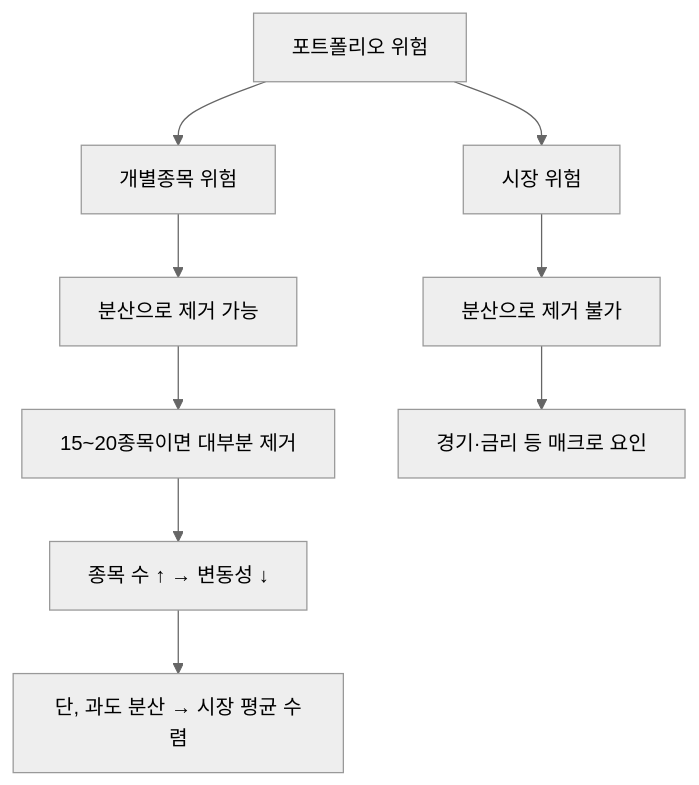
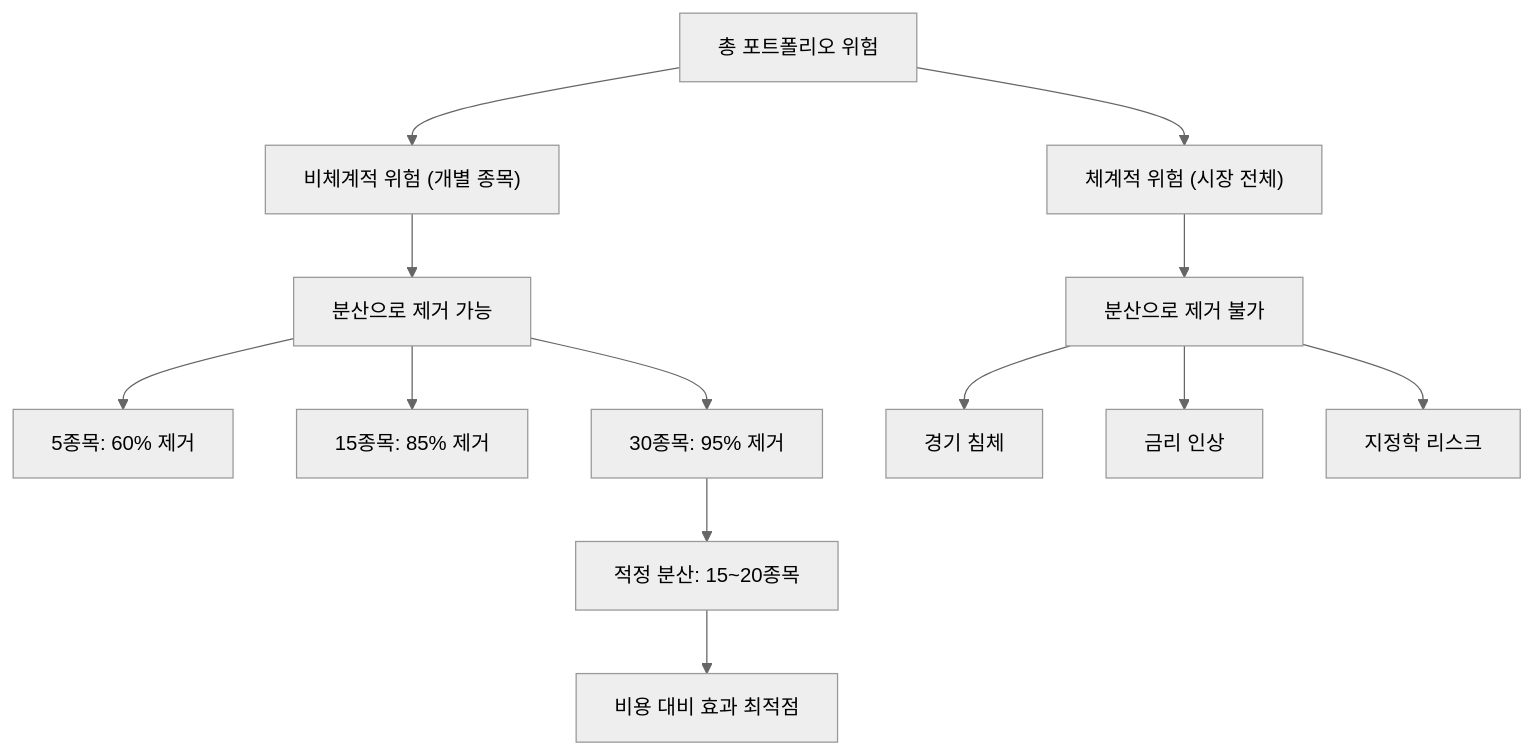
One commit to yeongseon/stock-visual-note changed the diagram in content/stock-terms/ko/level-10-company-analysis/diversification.md. Above: the diagram before and after it, drawn with Mermaid (neutral theme). The commit also changed other lines of this file and 9 other files, not shown here.

Commit message:
content: rewrite level-10 (10 articles) — richer diagrams, realistic scenarios, blog tone

````diff
--- a/content/stock-terms/ko/level-10-company-analysis/diversification.md
+++ b/content/stock-terms/ko/level-10-company-analysis/diversification.md
@@ -42,12 +43,16 @@
 ```mermaid
 graph TD
-    A["포트폴리오 위험"]
-    A --> B["개별종목 위험"]
-    A --> C["시장 위험"]
+    A["총 포트폴리오 위험"]
+    A --> B["비체계적 위험 (개별 종목)"]
+    A --> C["체계적 위험 (시장 전체)"]
     B --> B1["분산으로 제거 가능"]
-    B1 --> B2["15~20종목이면 대부분 제거"]
+    B1 --> B2["5종목: 60% 제거"]
+    B1 --> B3["15종목: 85% 제거"]
+    B1 --> B4["30종목: 95% 제거"]
     C --> C1["분산으로 제거 불가"]
-    C1 --> C2["경기·금리 등 매크로 요인"]
-    B2 --> D["종목 수 ↑ → 변동성 ↓"]
-    D --> E["단, 과도 분산 → 시장 평균 수렴"]
+    C1 --> C2["경기 침체"]
+    C1 --> C3["금리 인상"]
+    C1 --> C4["지정학 리스크"]
+    B4 --> D["적정 분산: 15~20종목"]
+    D --> E["비용 대비 효과 최적점"]
 ```
````
